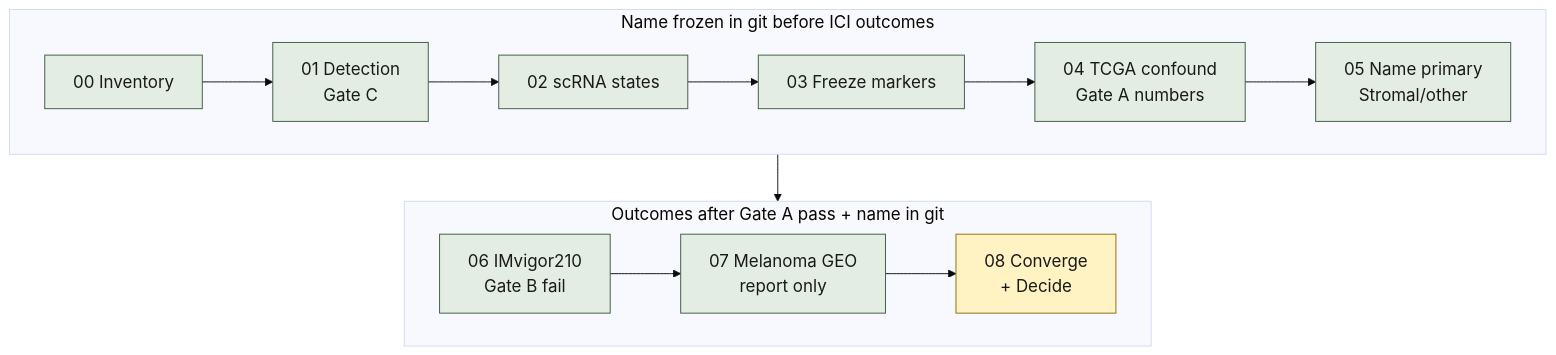
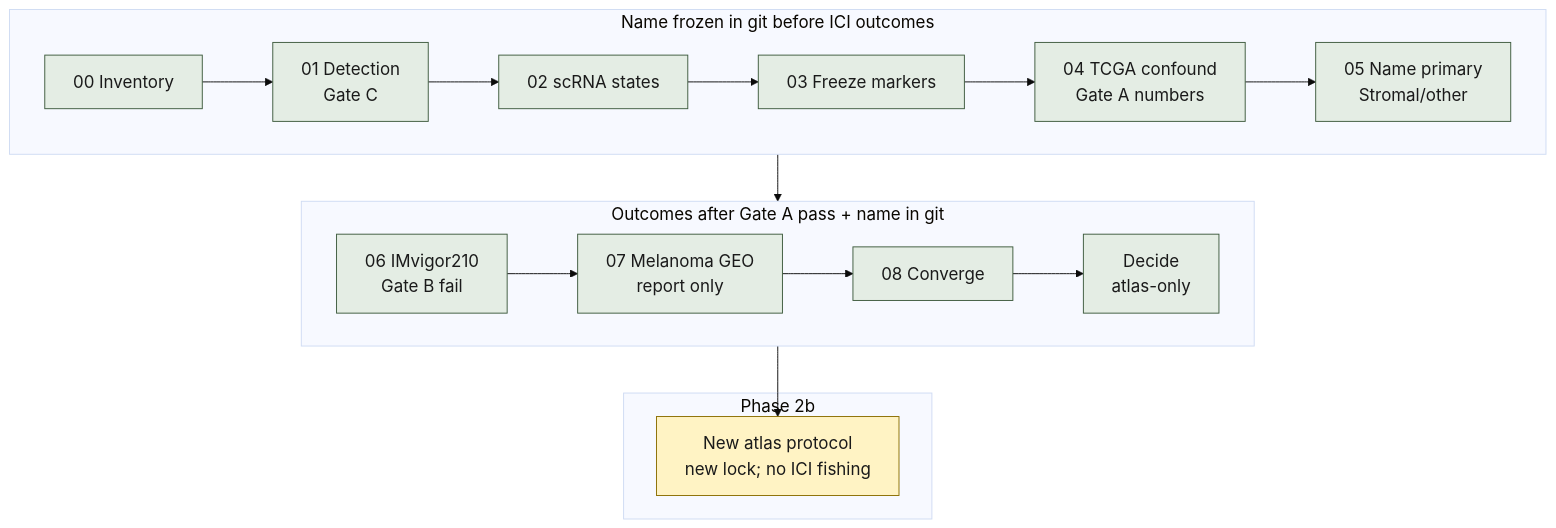
Before and after one commit to cauld/scendo: the diagram in docs/diagrams/scendo-units.mmd, drawn with Mermaid. The commit also changed 13 other files, not shown here.

Commit message:
Record Unit 08 Converge and atlas-only Decide after Gate B fail.

```diff
--- a/docs/diagrams/scendo-units.mmd
+++ b/docs/diagrams/scendo-units.mmd
@@ -1,24 +1,30 @@
 %%{init: {"theme": "base", "themeVariables": {"fontSize": "18px", "fontFamily": "Helvetica, Arial, sans-serif"}} }%%
 flowchart TB
   subgraph before["Name frozen in git before ICI outcomes"]
     direction LR
     U00["00 Inventory"] --> U01["01 Detection<br/>Gate C"]
     U01 --> U02["02 scRNA states"]
     U02 --> U03["03 Freeze markers"]
     U03 --> U04["04 TCGA confound<br/>Gate A numbers"]
     U04 --> U05["05 Name primary<br/>Stromal/other"]
   end
 
   subgraph after["Outcomes after Gate A pass + name in git"]
     direction LR
     U06["06 IMvigor210<br/>Gate B fail"] --> U07["07 Melanoma GEO<br/>report only"]
-    U07 --> U08["08 Converge<br/>+ Decide"]
+    U07 --> U08["08 Converge"]
+    U08 --> D["Decide<br/>atlas-only"]
+  end
+
+  subgraph next["Phase 2b"]
+    P["New atlas protocol<br/>new lock; no ICI fishing"]
   end
 
   U05 --> U06
+  D --> P
 
   classDef done fill:#E4EDE4,stroke:#3D5A3D,color:#1A1A1A
   classDef now fill:#FFF3C4,stroke:#8A6D00,color:#1A1A1A
   classDef later fill:#EEEEEE,stroke:#666666,color:#1A1A1A
-  class U00,U01,U02,U03,U04,U05,U06,U07 done
-  class U08 now
+  class U00,U01,U02,U03,U04,U05,U06,U07,U08,D done
+  class P now
```
